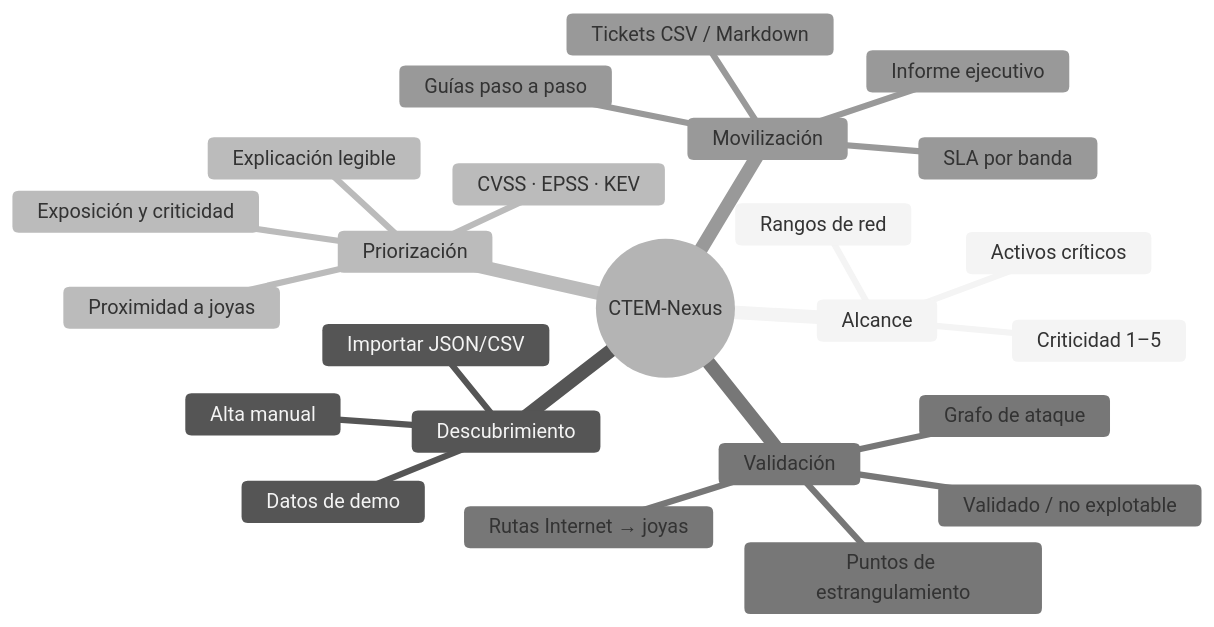
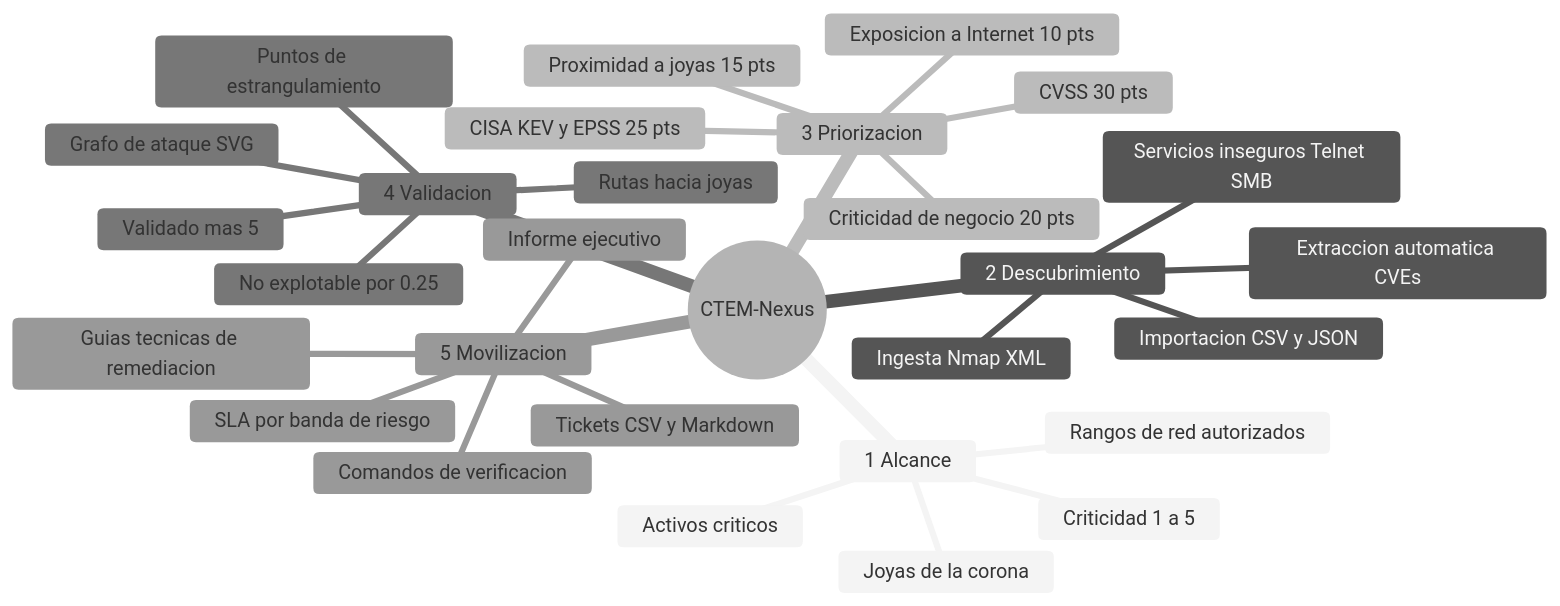
Before and after one commit to heindall92/ctem-nexus: the first of 2 diagrams in README.md, drawn with Mermaid (neutral theme). The commit also changed other lines of this file and 67 other files, not shown here.

````diff
--- a/README.md
+++ b/README.md
@@ -39,27 +142,32 @@
 ```mermaid
 mindmap
   root((CTEM-Nexus))
-    Alcance
-      Activos críticos
-      Criticidad 1–5
-      Rangos de red
-    Descubrimiento
-      Importar JSON/CSV
-      Alta manual
-      Datos de demo
-    Priorización
-      CVSS · EPSS · KEV
-      Exposición y criticidad
-      Proximidad a joyas
-      Explicación legible
-    Validación
-      Grafo de ataque
-      Rutas Internet → joyas
+    1 Alcance
+      Activos criticos
+      Criticidad 1 a 5
+      Joyas de la corona
+      Rangos de red autorizados
+    2 Descubrimiento
+      Ingesta Nmap XML
+      Importacion CSV y JSON
+      Extraccion automatica CVEs
+      Servicios inseguros Telnet SMB
+    3 Priorizacion
+      CVSS 30 pts
+      CISA KEV y EPSS 25 pts
+      Criticidad de negocio 20 pts
+      Exposicion a Internet 10 pts
+      Proximidad a joyas 15 pts
+    4 Validacion
+      Grafo de ataque SVG
+      Rutas hacia joyas
       Puntos de estrangulamiento
-      Validado / no explotable
-    Movilización
+      Validado mas 5
+      No explotable por 0.25
+    5 Movilizacion
       Informe ejecutivo
-      Guías paso a paso
-      Tickets CSV / Markdown
-      SLA por banda
+      Guias tecnicas de remediacion
+      Comandos de verificacion
+      Tickets CSV y Markdown
+      SLA por banda de riesgo
 ```
````
